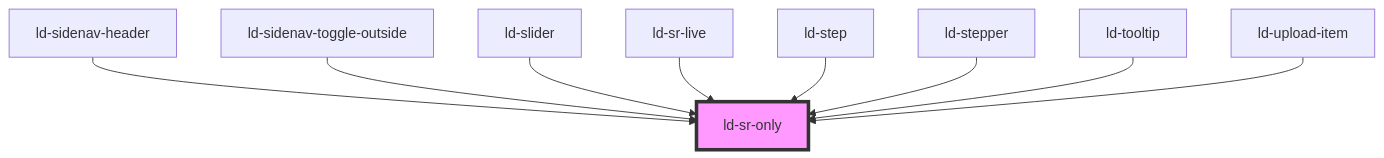
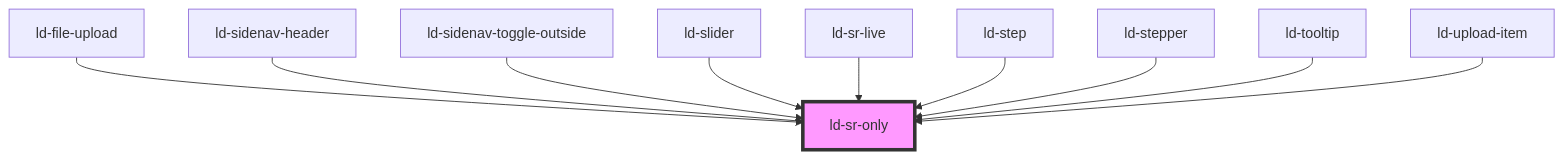
The diagram in src/liquid/components/ld-sr-only/readme.md (emdgroup-liquid/liquid), drawn with Mermaid before and after one commit. The commit also changed other lines of this file and 11 other files, not shown here.

````diff
--- a/src/liquid/components/ld-sr-only/readme.md
+++ b/src/liquid/components/ld-sr-only/readme.md
@@ -60,12 +61,13 @@
 ```mermaid
 graph TD;
+  ld-file-upload --> ld-sr-only
   ld-sidenav-header --> ld-sr-only
   ld-sidenav-toggle-outside --> ld-sr-only
   ld-slider --> ld-sr-only
   ld-sr-live --> ld-sr-only
   ld-step --> ld-sr-only
   ld-stepper --> ld-sr-only
   ld-tooltip --> ld-sr-only
   ld-upload-item --> ld-sr-only
   style ld-sr-only fill:#f9f,stroke:#333,stroke-width:4px
 ```
````
